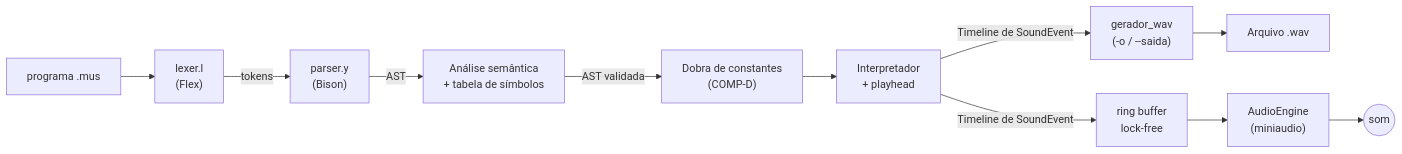
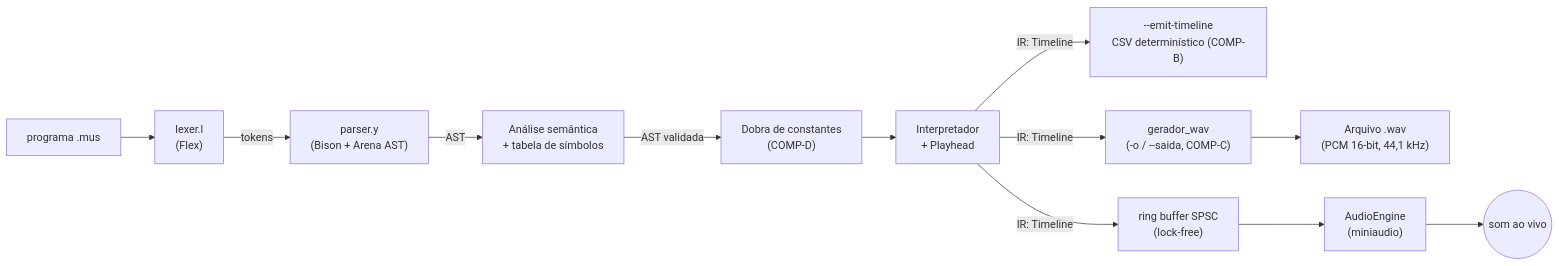
One commit to Interpretador-Musical/Grupo03-COMP01 changed the diagram in docs/arquitetura.md. Above: the diagram before and after it, drawn with Mermaid. The commit also changed other lines of this file and 3 other files, not shown here.

````diff
--- a/docs/arquitetura.md
+++ b/docs/arquitetura.md
@@ -12,13 +19,14 @@
 ```mermaid
 flowchart LR
   A["programa .mus"] --> B["lexer.l<br/>(Flex)"]
-  B -- tokens --> C["parser.y<br/>(Bison)"]
+  B -- tokens --> C["parser.y<br/>(Bison + Arena AST)"]
   C -- AST --> S["Análise semântica<br/>+ tabela de símbolos"]
   S -- "AST validada" --> O["Dobra de constantes<br/>(COMP-D)"]
-  O --> D["Interpretador<br/>+ playhead"]
-  D -- "Timeline de SoundEvent" --> G["gerador_wav<br/>(-o / --saida)"]
-  G --> H["Arquivo .wav"]
-  D -- "Timeline de SoundEvent" --> E["ring buffer<br/>lock-free"]
+  O --> D["Interpretador<br/>+ Playhead"]
+  D -- "IR: Timeline" --> B2["--emit-timeline<br/>CSV determinístico (COMP-B)"]
+  D -- "IR: Timeline" --> G["gerador_wav<br/>(-o / --saida, COMP-C)"]
+  G --> H["Arquivo .wav<br/>(PCM 16-bit, 44,1 kHz)"]
+  D -- "IR: Timeline" --> E["ring buffer SPSC<br/>(lock-free)"]
   E --> F["AudioEngine<br/>(miniaudio)"]
-  F --> G2(("som"))
+  F --> G2(("som ao vivo"))
 ```
````
